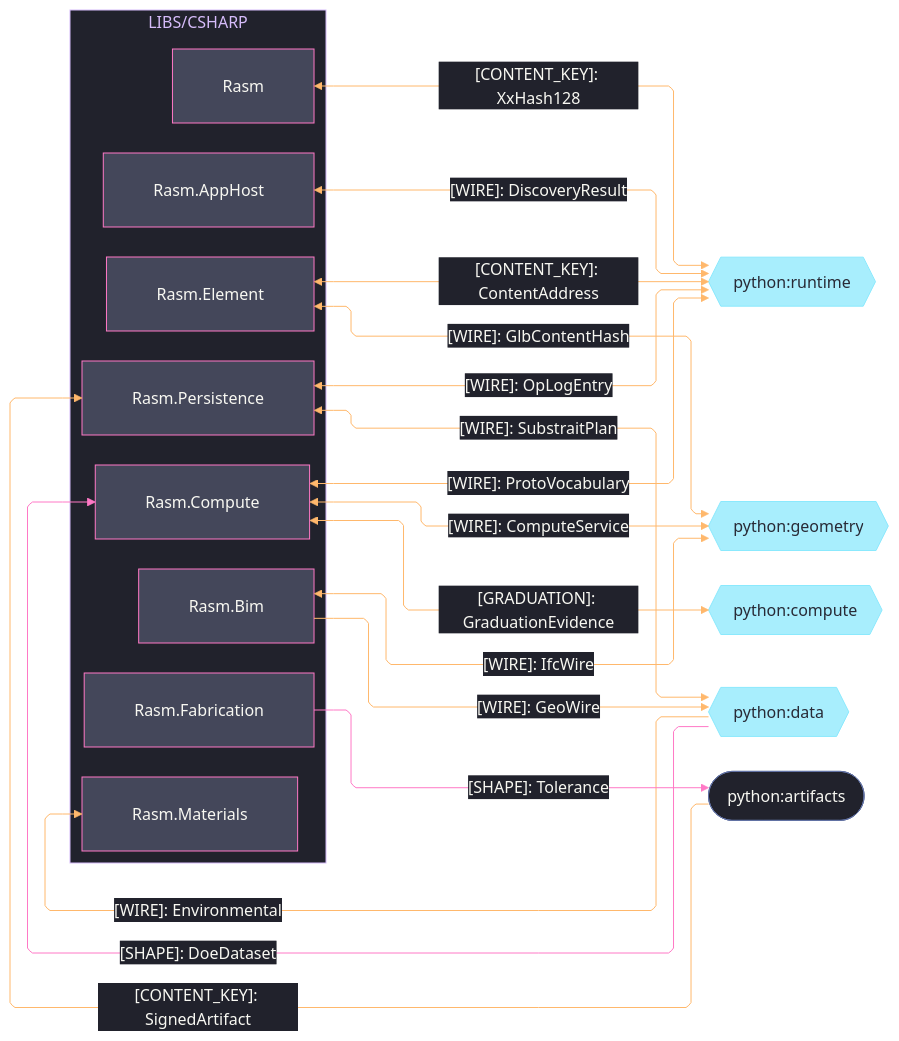
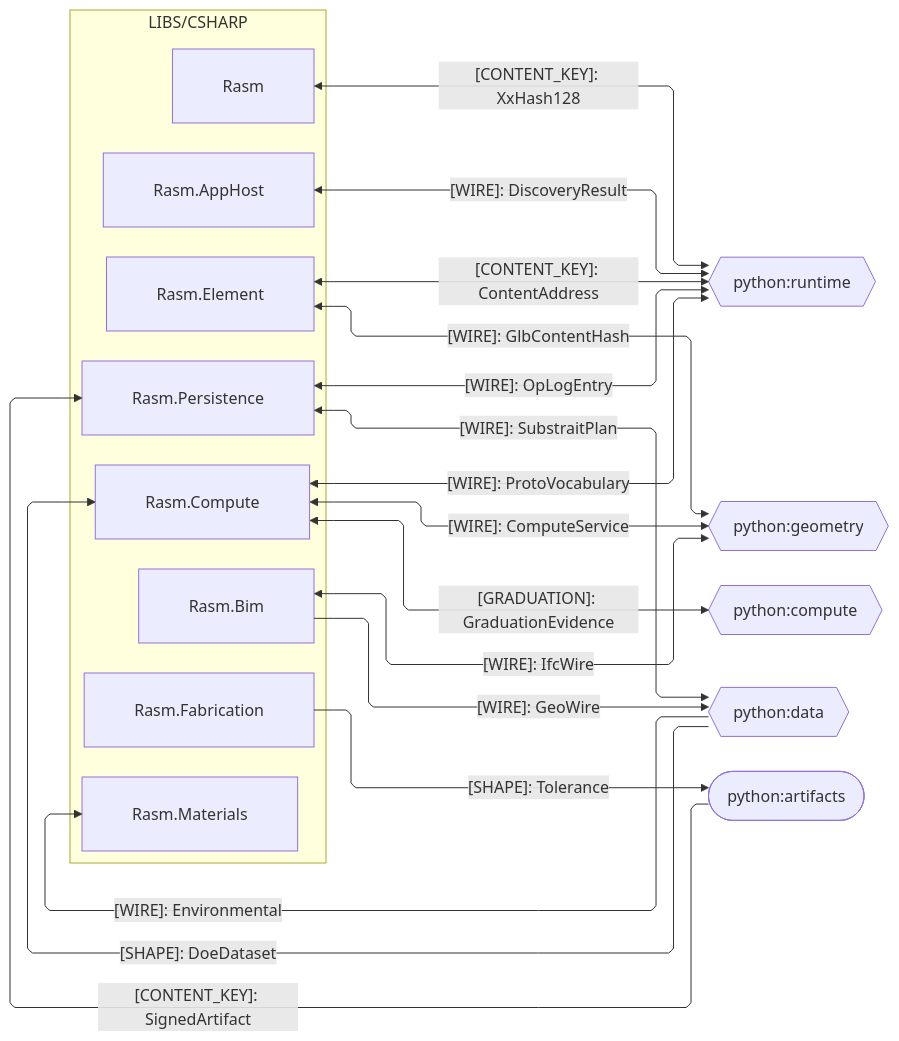
The second of 3 diagrams in libs/csharp/.planning/ARCHITECTURE.md (bsamiee/Rasm), drawn with Mermaid before and after one commit. The commit also changed other lines of this file and 460 other files, not shown here.

````diff
--- a/libs/csharp/.planning/ARCHITECTURE.md
+++ b/libs/csharp/.planning/ARCHITECTURE.md
@@ -114,71 +87,42 @@
 ```mermaid
 ---
 config:
-  theme: base
-  look: classic
   layout: elk
   flowchart:
     curve: linear
     padding: 25
-  themeVariables:
-    darkMode: true
-    fontFamily: "SF Mono, Menlo, Cascadia Mono, Segoe UI Mono, Consolas, monospace"
-    useGradient: false
-    dropShadow: "none"
-    background: "#282A36"
-    primaryColor: "#44475A"
-    primaryTextColor: "#F8F8F2"
-    primaryBorderColor: "#BD93F9"
-    lineColor: "#FF79C6"
-    textColor: "#F8F8F2"
-    clusterBkg: "#21222C"
-    clusterBorder: "#D6BCFA"
-    edgeLabelBackground: "#21222C"
-    labelBackgroundColor: "#21222C"
-    titleColor: "#D6BCFA"
-  themeCSS: ".nodeLabel{font-size:13px;font-weight:500}.edgeLabel{font-size:12px;font-weight:500}.cluster-label .nodeLabel{font-size:13.5px;font-weight:700;letter-spacing:.08em}.edge-thickness-normal{stroke-width:2px}.edge-thickness-thick{stroke-width:3px}.edge-pattern-dashed,.edge-pattern-dotted{stroke-width:1.5px;stroke-dasharray:4 6}.node rect,.node circle,.node polygon,.node path,.node .outer-path{stroke-width:1.5px;filter:none!important}.cluster rect{stroke-width:1px!important;stroke-dasharray:5 4!important;filter:none!important}.marker path{transform:scale(.8);transform-origin:5px 5px}.marker circle{transform:scale(.48);transform-origin:5px 5px}.edgeLabel rect{transform-box:fill-box;transform-origin:center;transform:scale(1.1,1.2)}"
 ---
 flowchart LR
     accTitle: C# branch python seam registry
-    accDescr: C# packages exchanging kinded contract shapes with the python packages — data-bearing kinds on the orange rail, shape contracts on the pink rail — bidirectional peers as hexagons, one-way sources and sinks as stadiums.
+    accDescr: C# packages exchanging kinded contract shapes with the python packages — data-bearing kinds and shape contracts as labeled edges — bidirectional peers as hexagons, one-way sources and sinks as stadiums.
     subgraph csharp[LIBS/CSHARP]
         Rasm[Rasm]
         Element[Rasm.Element]
         Bim[Rasm.Bim]
         Materials[Rasm.Materials]
         Fabrication[Rasm.Fabrication]
         AppHost[Rasm.AppHost]
         Compute[Rasm.Compute]
         Persistence[Rasm.Persistence]
     end
     PyRuntime{{python:runtime}}
     PyGeometry{{python:geometry}}
     PyCompute{{python:compute}}
     PyData{{python:data}}
     PyArtifacts([python:artifacts])
-    Rasm e1@<-->|"[CONTENT_KEY]: XxHash128"| PyRuntime
-    Element e2@<-->|"[WIRE]: GlbContentHash"| PyGeometry
-    Element e3@<-->|"[CONTENT_KEY]: ContentAddress"| PyRuntime
-    Bim e4@<-->|"[WIRE]: IfcWire"| PyGeometry
-    Bim e5@-->|"[WIRE]: GeoWire"| PyData
-    PyData e6@-->|"[WIRE]: Environmental"| Materials
-    Fabrication e7@-->|"[SHAPE]: Tolerance"| PyArtifacts
-    AppHost e8@<-->|"[WIRE]: DiscoveryResult"| PyRuntime
-    Compute e9@<-->|"[WIRE]: ComputeService"| PyGeometry
-    Compute e10@<-->|"[WIRE]: ProtoVocabulary"| PyRuntime
-    Compute e11@<-->|"[GRADUATION]: GraduationEvidence"| PyCompute
-    PyData e12@-->|"[SHAPE]: DoeDataset"| Compute
-    Persistence e13@<-->|"[WIRE]: OpLogEntry"| PyRuntime
-    PyArtifacts e14@-->|"[CONTENT_KEY]: SignedArtifact"| Persistence
-    Persistence e15@<-->|"[WIRE]: SubstraitPlan"| PyData
-    classDef primary fill:#44475A,stroke:#FF79C6,color:#F8F8F2
-    classDef external fill:#8BE9FDBF,stroke:#8BE9FD,color:#282A36
-    classDef recessed fill:#21222C,stroke:#6272A4,color:#F8F8F2
-    classDef edgeData stroke:#FFB86C,color:#F8F8F2
-    classDef edgeControl stroke:#FF79C6,color:#F8F8F2
-    class Rasm,Element,Bim,Materials,Fabrication,AppHost,Compute,Persistence primary
-    class PyRuntime,PyGeometry,PyCompute,PyData external
-    class PyArtifacts recessed
-    class e1,e2,e3,e4,e5,e6,e8,e9,e10,e11,e13,e14,e15 edgeData
-    class e7,e12 edgeControl
+    Rasm <-->|"[CONTENT_KEY]: XxHash128"| PyRuntime
+    Element <-->|"[WIRE]: GlbContentHash"| PyGeometry
+    Element <-->|"[CONTENT_KEY]: ContentAddress"| PyRuntime
+    Bim <-->|"[WIRE]: IfcWire"| PyGeometry
+    Bim -->|"[WIRE]: GeoWire"| PyData
+    PyData -->|"[WIRE]: Environmental"| Materials
+    Fabrication -->|"[SHAPE]: Tolerance"| PyArtifacts
+    AppHost <-->|"[WIRE]: DiscoveryResult"| PyRuntime
+    Compute <-->|"[WIRE]: ComputeService"| PyGeometry
+    Compute <-->|"[WIRE]: ProtoVocabulary"| PyRuntime
+    Compute <-->|"[GRADUATION]: GraduationEvidence"| PyCompute
+    PyData -->|"[SHAPE]: DoeDataset"| Compute
+    Persistence <-->|"[WIRE]: OpLogEntry"| PyRuntime
+    PyArtifacts -->|"[CONTENT_KEY]: SignedArtifact"| Persistence
+    Persistence <-->|"[WIRE]: SubstraitPlan"| PyData
 ```
````
